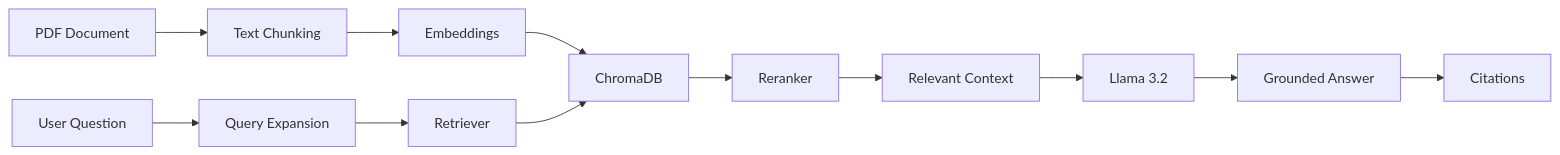
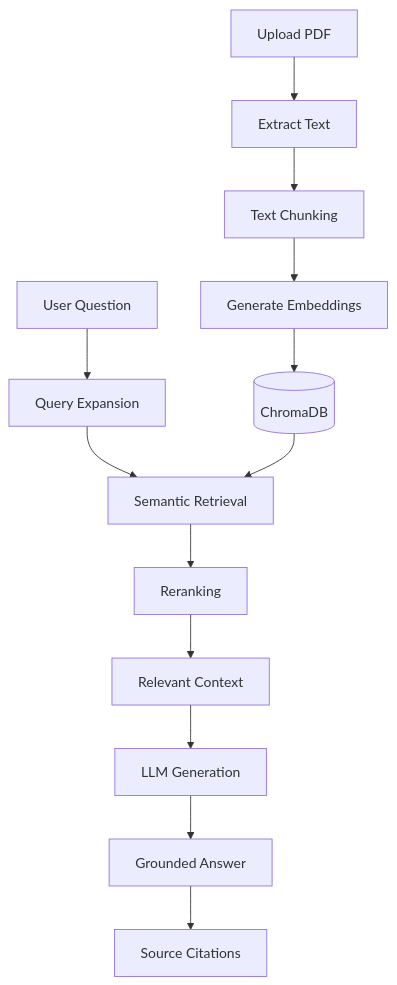
One commit to manojkr-ai-labs/ai-document-chat-rag changed the second of 2 diagrams in README.md. Above: the diagram before and after it, drawn with Mermaid. The commit also changed other lines of this file, not shown here.

````diff
--- a/README.md
+++ b/README.md
@@ -174,14 +115,16 @@
 ```mermaid
-flowchart LR
-    PDF[PDF Document] --> Chunking[Text Chunking]
-    Chunking --> Embeddings[Embeddings]
-    Embeddings --> Chroma[ChromaDB]
-    Question[User Question] --> Expansion[Query Expansion]
-    Expansion --> Retriever[Retriever]
-    Retriever --> Chroma
-    Chroma --> Reranker[Reranker]
-    Reranker --> Context[Relevant Context]
-    Context --> LLM[Llama 3.2]
-    LLM --> Answer[Grounded Answer]
-    Answer --> Citation[Citations]
+flowchart TD
+    A[Upload PDF] --> B[Extract Text]
+    B --> C[Text Chunking]
+    C --> D[Generate Embeddings]
+    D --> E[(ChromaDB)]
+
+    Q[User Question] --> QE[Query Expansion]
+    QE --> R[Semantic Retrieval]
+    E --> R
+    R --> RR[Reranking]
+    RR --> RC[Relevant Context]
+    RC --> L[LLM Generation]
+    L --> G[Grounded Answer]
+    G --> S[Source Citations]
 ```
````
